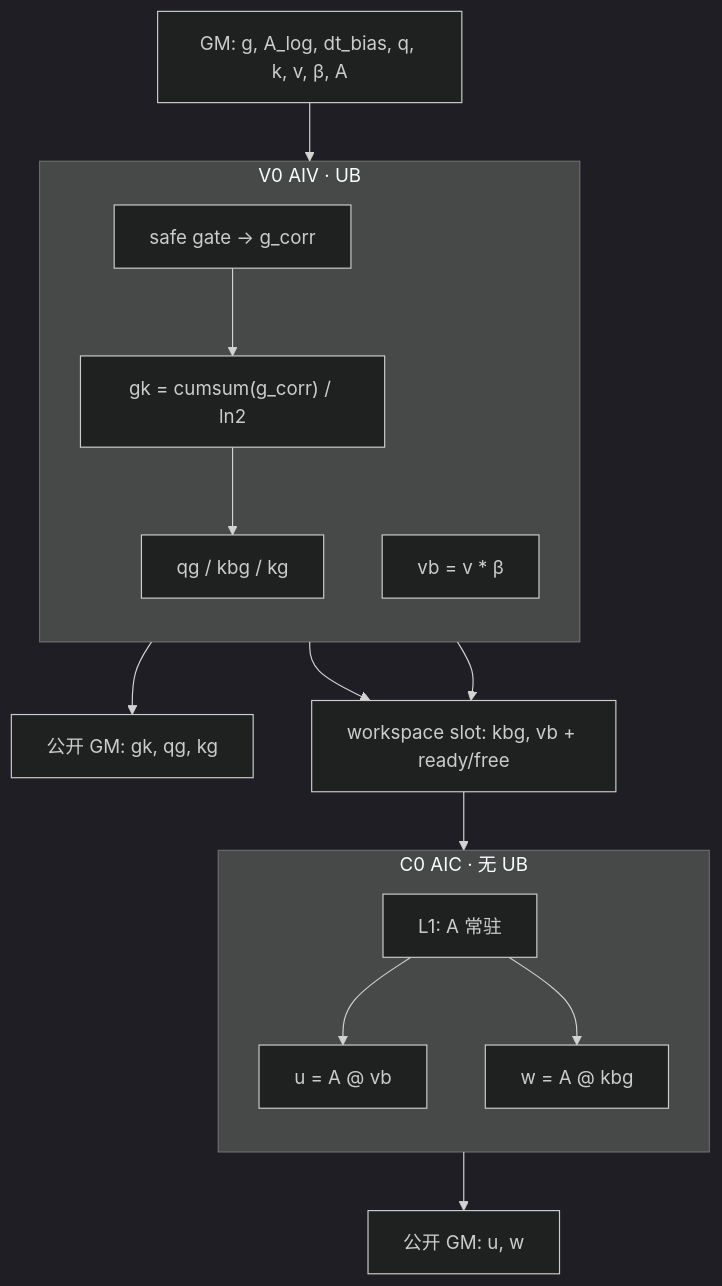
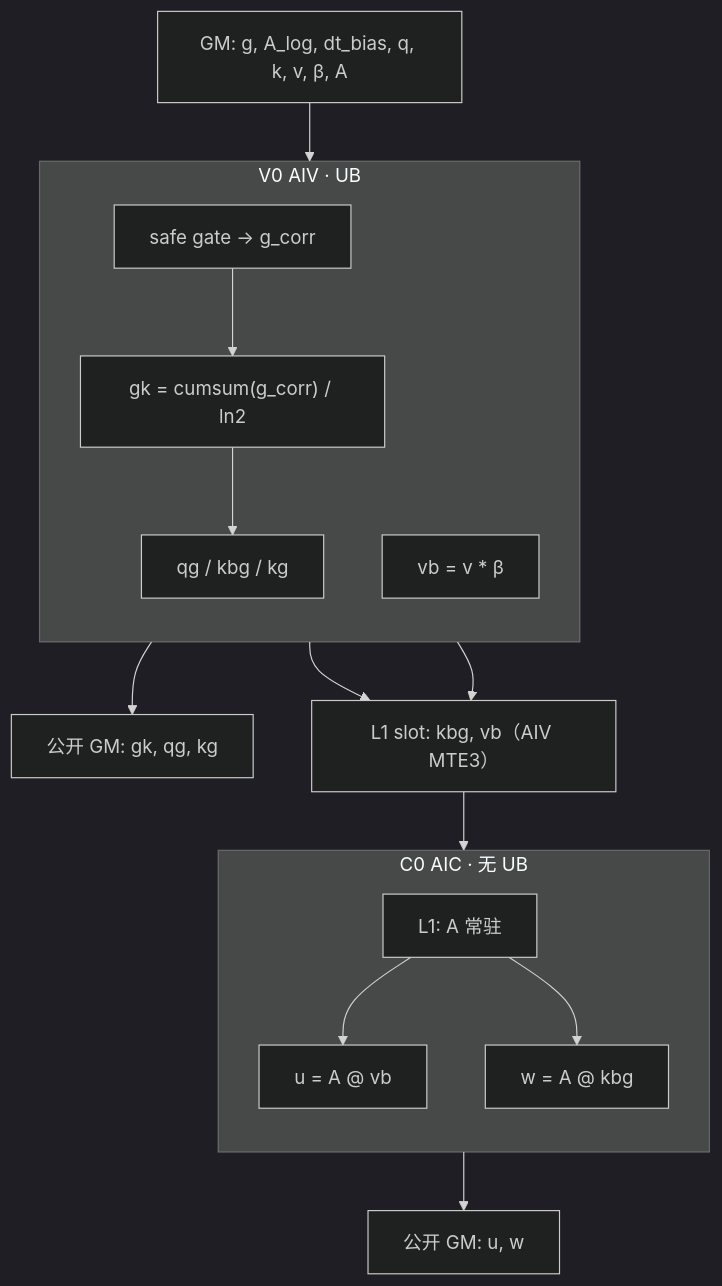
The fourth of 4 diagrams in kda_gate_wu_fusion_golden/DESIGN.md (LiYuanqg/flash-linear-attention-npu), drawn with Mermaid (dark theme) before and after one commit. The commit also changed other lines of this file and 2 other files, not shown here.

````diff
--- a/kda_gate_wu_fusion_golden/DESIGN.md
+++ b/kda_gate_wu_fusion_golden/DESIGN.md
@@ -242,34 +249,34 @@
 ```mermaid
 flowchart TB
   GM_in["GM: g, A_log, dt_bias, q, k, v, β, A"]
 
   subgraph V0["V0 AIV · UB"]
     direction TB
     gate["safe gate → g_corr"]
     cum["gk = cumsum(g_corr) / ln2"]
     vec["qg / kbg / kg"]
     vb["vb = v * β"]
     gate --> cum --> vec
     vb
   end
 
   subgraph C0["C0 AIC · 无 UB"]
     direction TB
     A["L1: A 常驻"]
     u["u = A @ vb"]
     w["w = A @ kbg"]
     A --> u
     A --> w
   end
 
   pub["公开 GM: gk, qg, kg"]
   uw["公开 GM: u, w"]
-  slot["workspace slot: kbg, vb + ready/free"]
+  slot["L1 slot: kbg, vb（AIV MTE3）"]
 
   GM_in --> V0
   vec --> pub
   vec --> slot
   vb --> slot
   slot --> C0
   C0 --> uw
 ```
````
